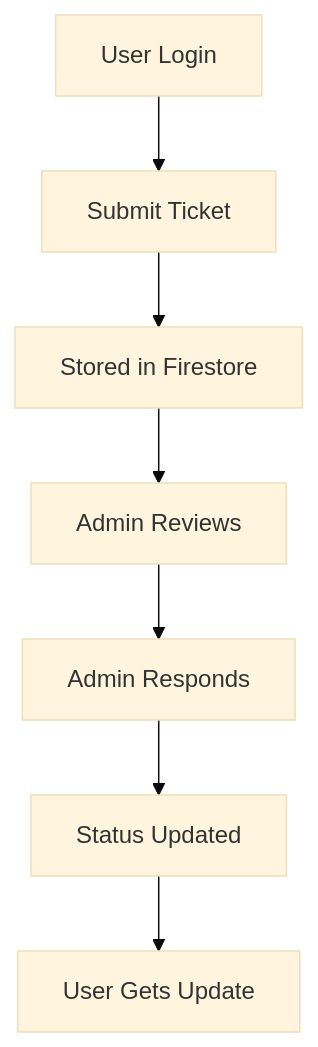
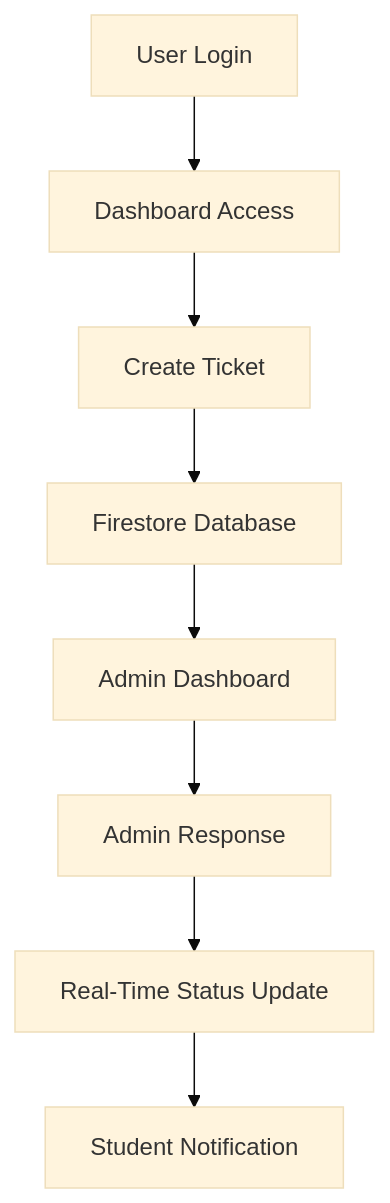
The diagram in README.md (Archiusx/bitupdate), drawn with Mermaid (base theme) before and after one commit. The commit also changed other lines of this file, not shown here.

````diff
--- a/README.md
+++ b/README.md
@@ -132,9 +227,10 @@
 ```mermaid
 graph TD
-A[User Login] --> B[Submit Ticket]
-B --> C[Stored in Firestore]
-C --> D[Admin Reviews]
-D --> E[Admin Responds]
-E --> F[Status Updated]
-F --> G[User Gets Update]
+A[User Login] --> B[Dashboard Access]
+B --> C[Create Ticket]
+C --> D[Firestore Database]
+D --> E[Admin Dashboard]
+E --> F[Admin Response]
+F --> G[Real-Time Status Update]
+G --> H[Student Notification]
 ```
````
